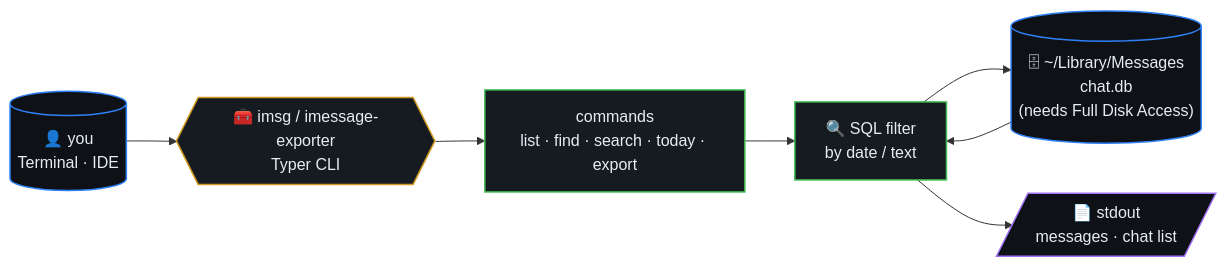
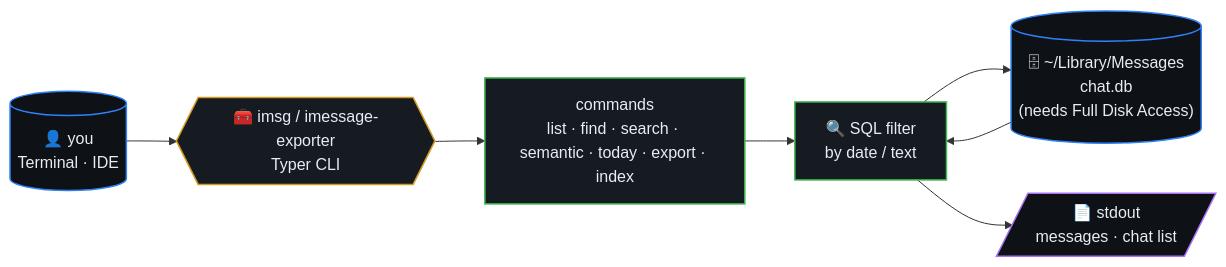
The first of 5 diagrams in README.md (ml-lubich/imessage-exporter), drawn with Mermaid before and after one commit. The commit also changed other lines of this file and 4 other files, not shown here.

````diff
--- a/README.md
+++ b/README.md
@@ -11,22 +11,22 @@
 ```mermaid
 flowchart LR
     USER[("👤 you<br/>Terminal · IDE")]
     CLI{{"🧰 imsg / imessage-exporter<br/>Typer CLI"}}
-    COMMANDS["commands<br/>list · find · search · today · export"]
+    COMMANDS["commands<br/>list · find · search · semantic · today · export · index"]
     DB[("🗄 ~/Library/Messages<br/>chat.db<br/>(needs Full Disk Access)")]
     QUERY["🔍 SQL filter<br/>by date / text"]
     OUT[/"📄 stdout<br/>messages · chat list"/]
 
     USER --> CLI --> COMMANDS --> QUERY
     QUERY --> DB
     DB --> QUERY --> OUT
 
     classDef io fill:#0e1116,stroke:#2f81f7,stroke-width:1.5px,color:#e6edf3;
     classDef tool fill:#161b22,stroke:#3fb950,stroke-width:1.5px,color:#e6edf3;
     classDef brain fill:#161b22,stroke:#d29922,stroke-width:1.5px,color:#e6edf3;
     classDef out fill:#0e1116,stroke:#a371f7,stroke-width:1.5px,color:#e6edf3;
     class USER,DB io;
     class COMMANDS,QUERY tool;
     class CLI brain;
     class OUT out;
 ```
````
